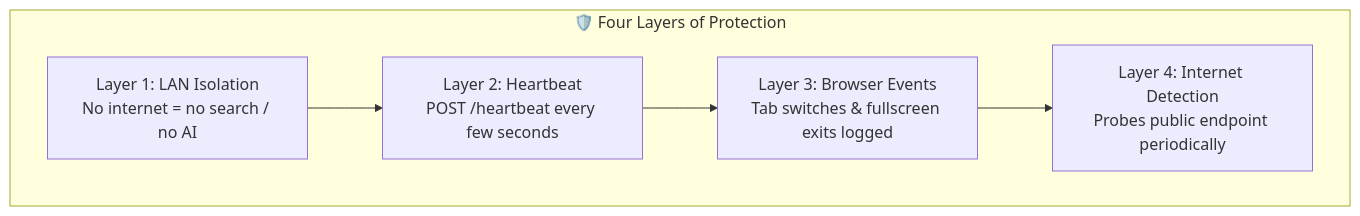
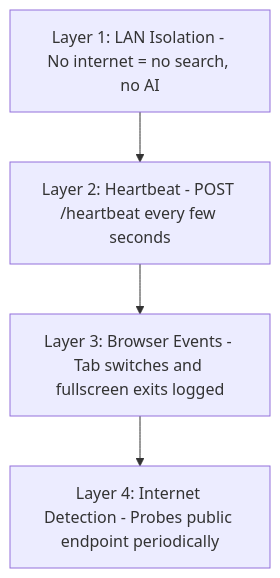
The sixth of 8 diagrams in README.md (mrinmoyChakraborty-mrinox/ByteArena), drawn with Mermaid before and after one commit. The commit also changed other lines of this file, not shown here.

First line of the commit message:
fix: resolve Mermaid diagram rendering issues on GitHub

````diff
--- a/README.md
+++ b/README.md
@@ -131,11 +139,9 @@
 ```mermaid
-graph TD
-    subgraph Layers["🛡️ Four Layers of Protection"]
-        L1[Layer 1: LAN Isolation<br/>No internet = no search / no AI]
-        L2[Layer 2: Heartbeat<br/>POST /heartbeat every few seconds]
-        L3[Layer 3: Browser Events<br/>Tab switches & fullscreen exits logged]
-        L4[Layer 4: Internet Detection<br/>Probes public endpoint periodically]
-    end
+flowchart TD
+    L1["Layer 1: LAN Isolation - No internet = no search, no AI"]
+    L2["Layer 2: Heartbeat - POST /heartbeat every few seconds"]
+    L3["Layer 3: Browser Events - Tab switches and fullscreen exits logged"]
+    L4["Layer 4: Internet Detection - Probes public endpoint periodically"]
 
     L1 --> L2 --> L3 --> L4
 ```
````
